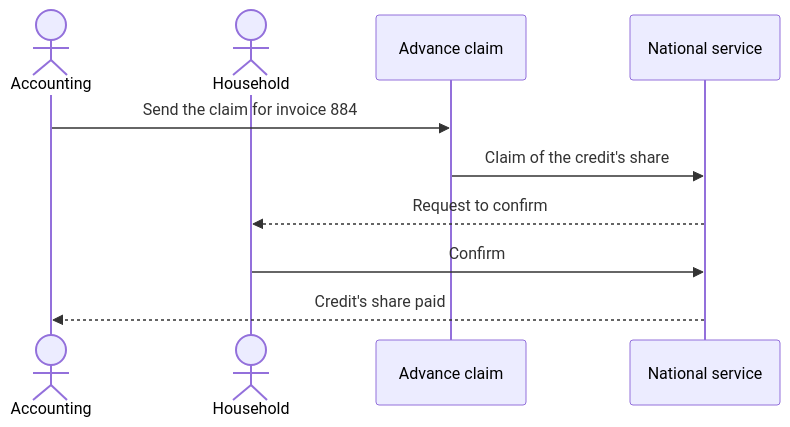
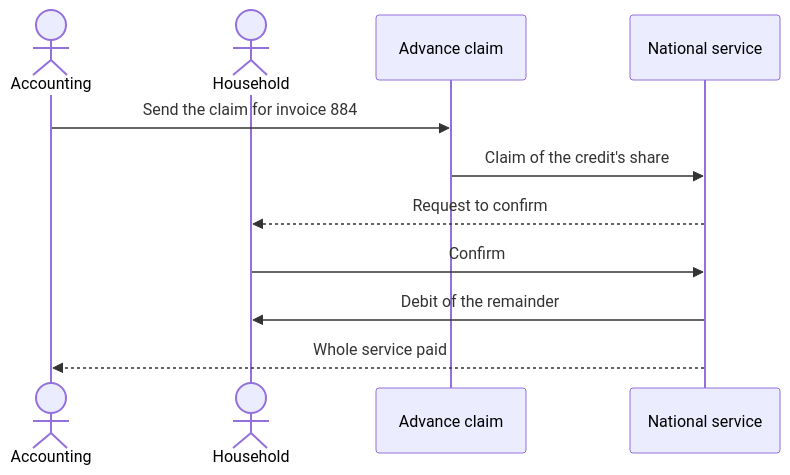
The diagram in docs/specs/08-sectors/sc19-trades-and-home-services/use-cases/03-home-services-tax-credit/uc-sc19-12-use-the-immediate-advance.md (gpbcom/SimpleERP), drawn with Mermaid before and after one commit. The commit also changed other lines of this file and 8816 other files, not shown here.

````diff
--- a/docs/specs/08-sectors/sc19-trades-and-home-services/use-cases/03-home-services-tax-credit/uc-sc19-12-use-the-immediate-advance.md
+++ b/docs/specs/08-sectors/sc19-trades-and-home-services/use-cases/03-home-services-tax-credit/uc-sc19-12-use-the-immediate-advance.md
@@ -118,12 +119,13 @@
 ```mermaid
 sequenceDiagram
   actor A as Accounting
   actor H as Household
   participant S as Advance claim
   participant N as National service
   A->>S: Send the claim for invoice 884
   S->>N: Claim of the credit's share
   N-->>H: Request to confirm
   H->>N: Confirm
-  N-->>A: Credit's share paid
+  N->>H: Debit of the remainder
+  N-->>A: Whole service paid
 ```
````
